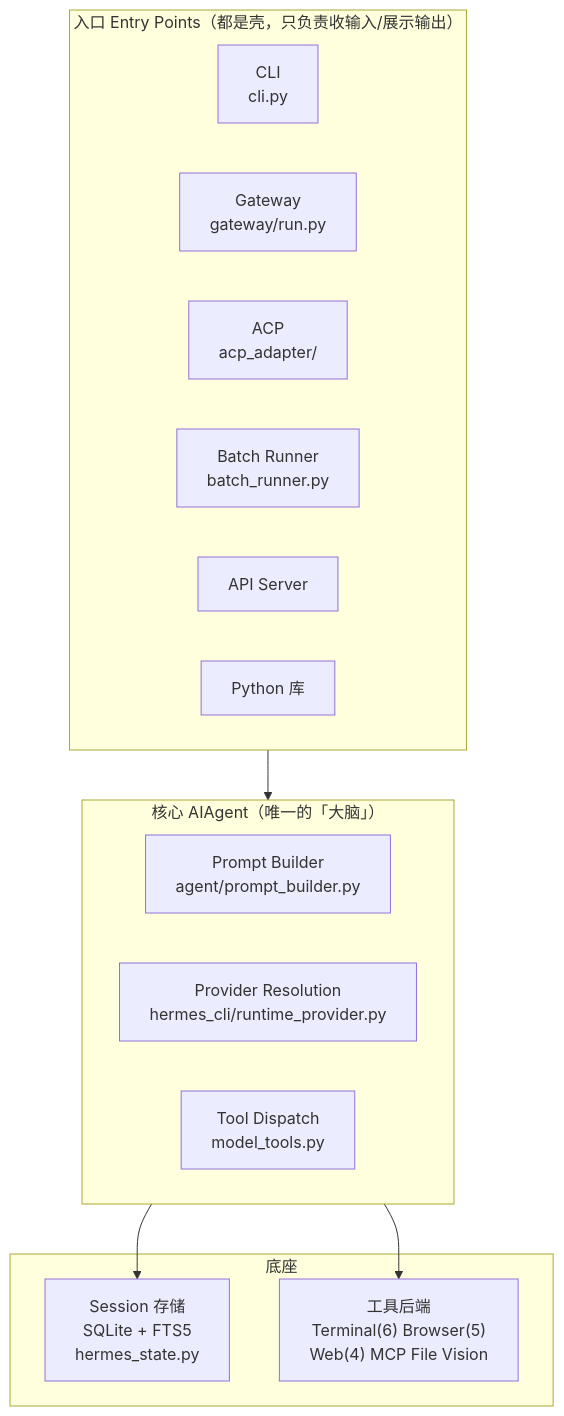
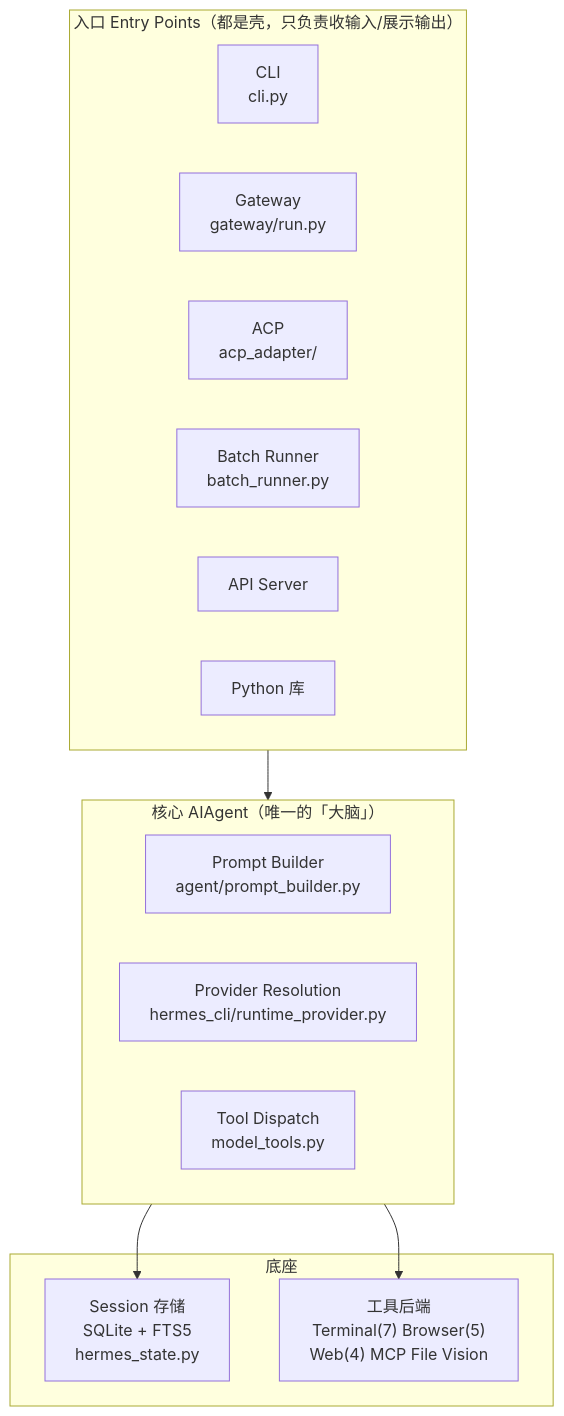
The diagram in 中文精译-01-Architecture.md (ICTQYC/mini-hermes-study), drawn with Mermaid before and after one commit. The commit also changed other lines of this file and 39 other files, not shown here.

````diff
--- a/中文精译-01-Architecture.md
+++ b/中文精译-01-Architecture.md
@@ -18,26 +18,26 @@
 ```mermaid
 flowchart TD
     subgraph Entry["入口 Entry Points（都是壳，只负责收输入/展示输出）"]
         CLI["CLI<br/>cli.py"]
         GW["Gateway<br/>gateway/run.py"]
         ACP["ACP<br/>acp_adapter/"]
         BATCH["Batch Runner<br/>batch_runner.py"]
         API["API Server"]
         LIB["Python 库"]
     end
 
     subgraph Core["核心 AIAgent（唯一的「大脑」）"]
         PB["Prompt Builder<br/>agent/prompt_builder.py"]
         PR["Provider Resolution<br/>hermes_cli/runtime_provider.py"]
         TD["Tool Dispatch<br/>model_tools.py"]
     end
 
     subgraph Base["底座"]
         SS["Session 存储<br/>SQLite + FTS5<br/>hermes_state.py"]
-        TB["工具后端<br/>Terminal(6) Browser(5)<br/>Web(4) MCP File Vision"]
+        TB["工具后端<br/>Terminal(7) Browser(5)<br/>Web(4) MCP File Vision"]
     end
 
     Entry --> Core
     Core --> SS
     Core --> TB
 ```
````
